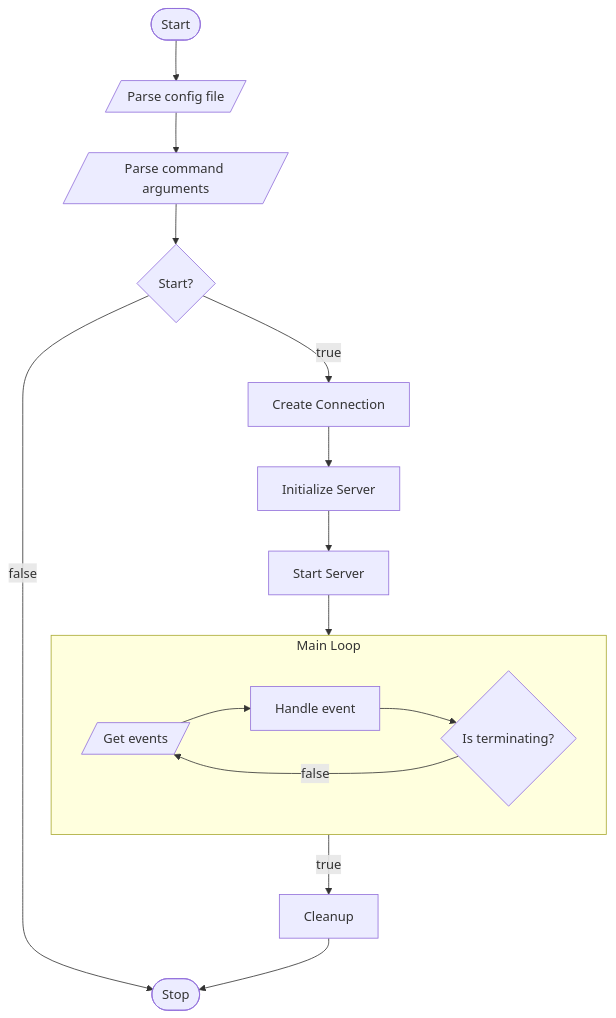
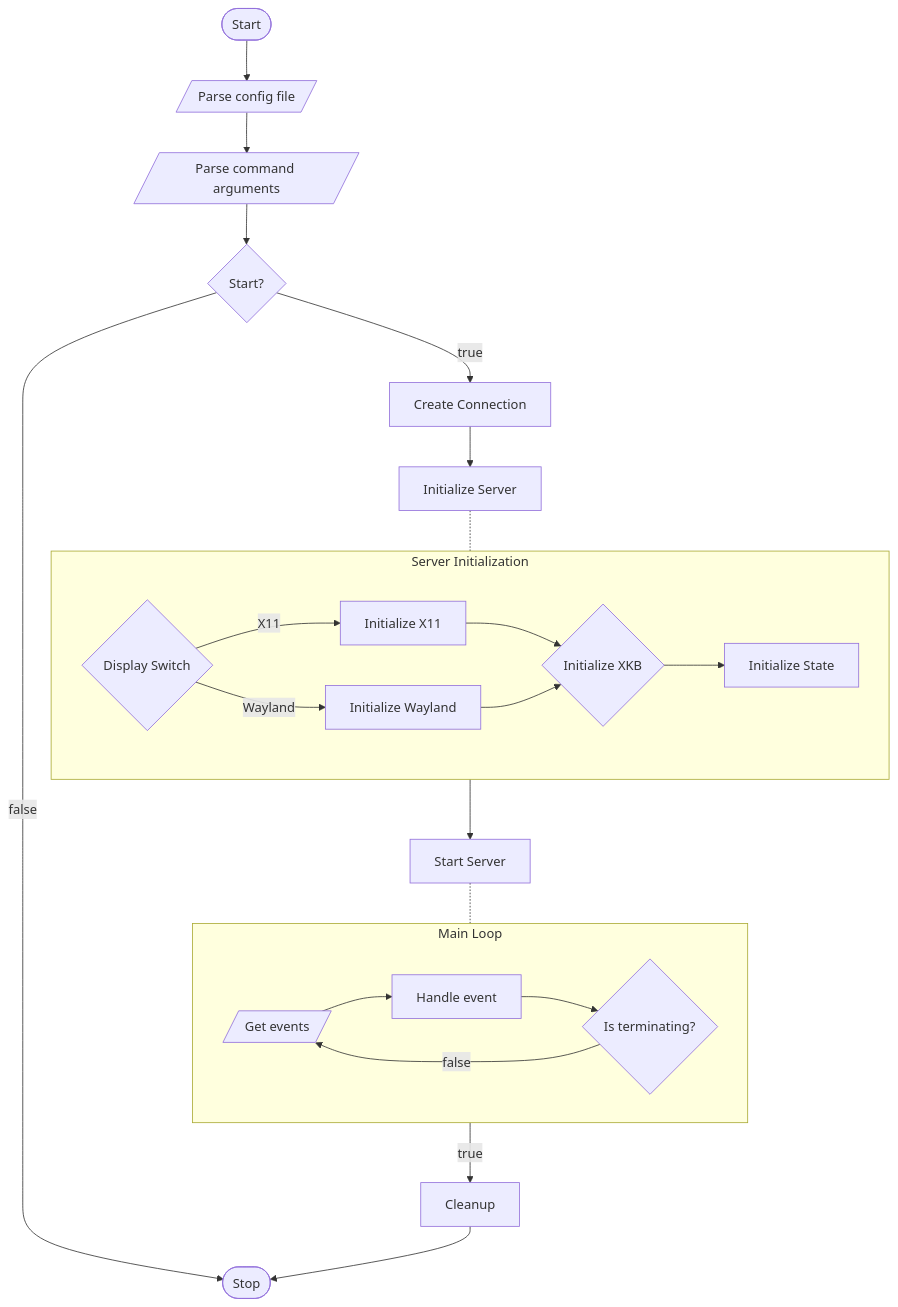
One commit to DK0280705/cubewm changed the diagram in docs/main.md. Above: the diagram before and after it, drawn with Mermaid. The commit also changed other lines of this file and 22 other files, not shown here.

````diff
--- a/docs/main.md
+++ b/docs/main.md
@@ -1,31 +6,40 @@
 ```mermaid
 flowchart TD
     S1([Start])
     S2([Stop])
     PC[/Parse config file/]
     PA[/Parse command arguments/]
     CC[Create Connection]
     IS[Initialize Server]
     SS[Start Server]
     ST{Start?}
     GE[/Get events/]
     HE[Handle event]
     IT{Is terminating?}
     CU[Cleanup]
     S1 --> PC
     PC --> PA
     PA --> ST
     ST --> |true| CC
     ST --> |false| S2
     CC --> IS
-    IS --> SS
-    SS --> ML
+    IS -.- SI --> SS
+    SS -.- ML
     IT --> |true| CU
     CU --> S2
+    subgraph SI [Server Initialization]
+        direction LR
+        DS{Display Switch} --> |X11| IX
+        DS{Display Switch} --> |Wayland| IW
+        IXKB{Initialize XKB}
+        IX[Initialize X11] --> IXKB
+        IW[Initialize Wayland] --> IXKB
+        IXKB --> IST[Initialize State]
+    end
     subgraph ML [Main Loop]
         direction LR
         IT --> |false| GE
         GE --> HE
         HE --> IT
     end
 ```
````
